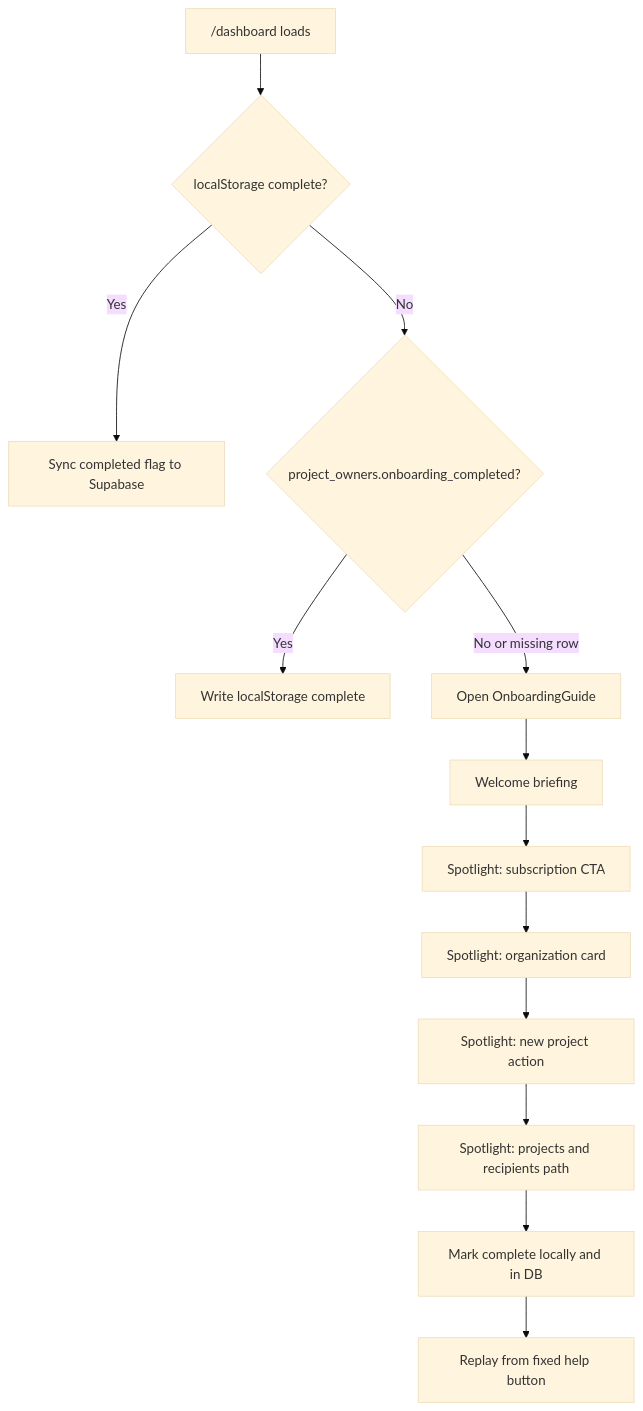
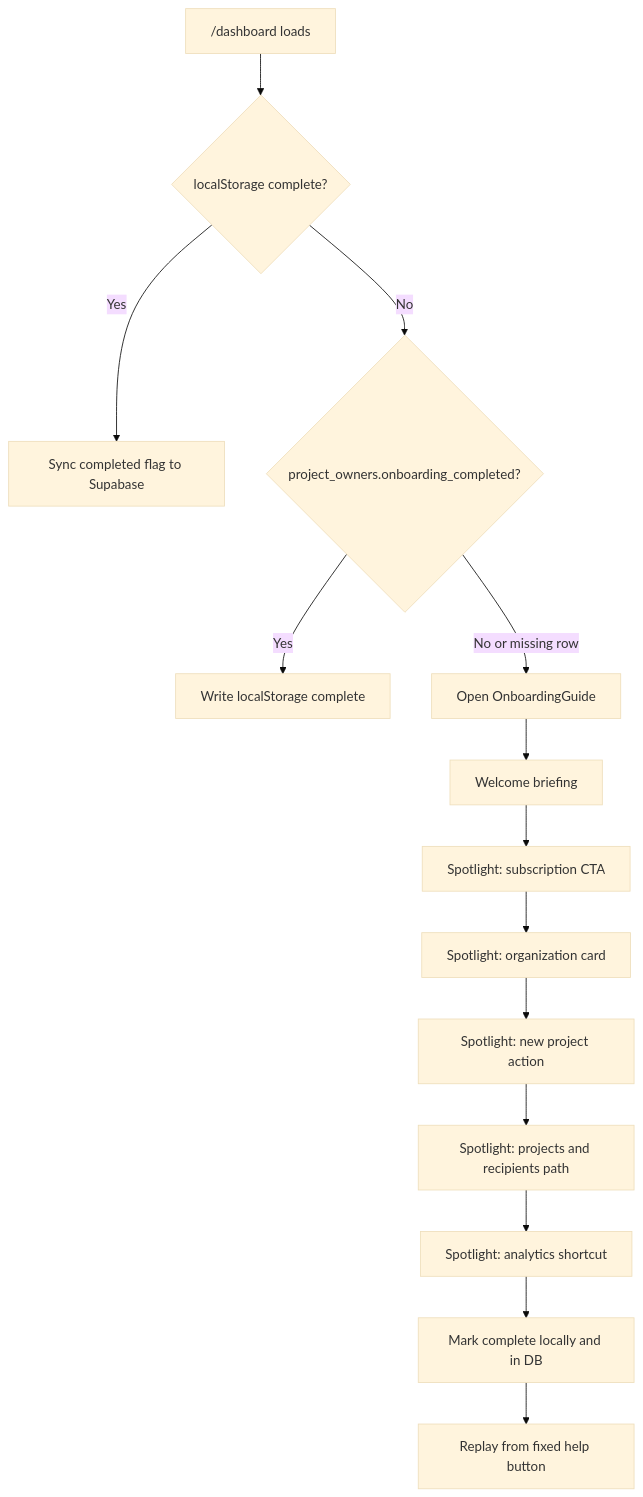
One commit to TheGodlike7/vestingapp changed the fifth of 10 diagrams in DESIGN_MAP.md. Above: the diagram before and after it, drawn with Mermaid (base theme). The commit also changed other lines of this file and 30 other files, not shown here.

````diff
--- a/DESIGN_MAP.md
+++ b/DESIGN_MAP.md
@@ -87,16 +87,17 @@
 ```mermaid
 flowchart TD
   Dashboard["/dashboard loads"] --> LocalCheck{"localStorage complete?"}
   LocalCheck -- "Yes" --> SyncDb["Sync completed flag to Supabase"]
   LocalCheck -- "No" --> DbCheck{"project_owners.onboarding_completed?"}
   DbCheck -- "Yes" --> SaveLocal["Write localStorage complete"]
   DbCheck -- "No or missing row" --> Quest["Open OnboardingGuide"]
 
   Quest --> Welcome["Welcome briefing"]
   Welcome --> SubscriptionSpotlight["Spotlight: subscription CTA"]
   SubscriptionSpotlight --> OrganizationSpotlight["Spotlight: organization card"]
   OrganizationSpotlight --> ProjectSpotlight["Spotlight: new project action"]
   ProjectSpotlight --> RecipientSpotlight["Spotlight: projects and recipients path"]
-  RecipientSpotlight --> Complete["Mark complete locally and in DB"]
+  RecipientSpotlight --> AnalyticsSpotlight["Spotlight: analytics shortcut"]
+  AnalyticsSpotlight --> Complete["Mark complete locally and in DB"]
   Complete --> HelpButton["Replay from fixed help button"]
 ```
````
